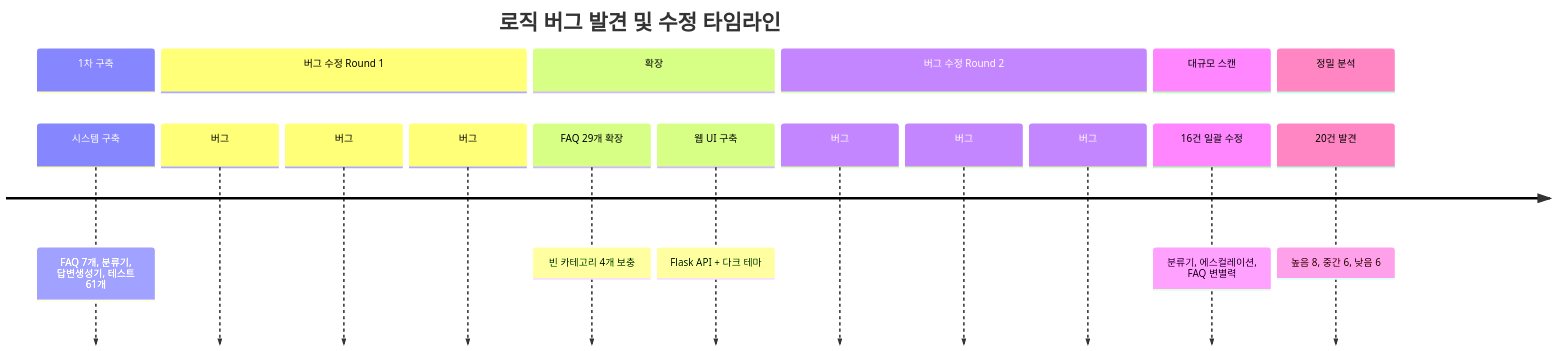
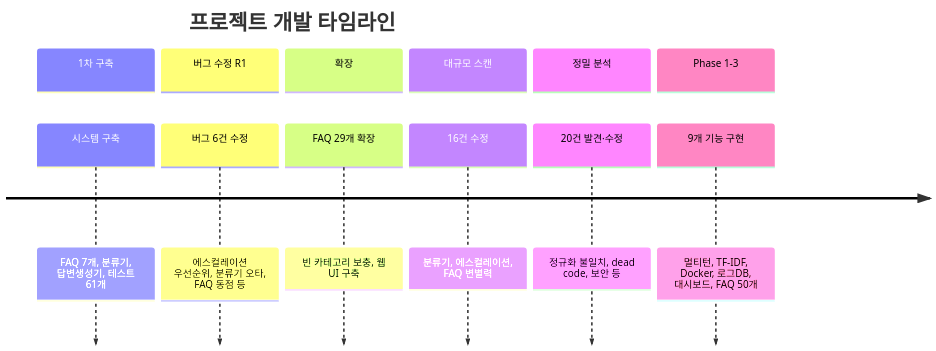
Before and after one commit to sun475300-sudo/bosebot: the sixth of 6 diagrams in README.md, drawn with Mermaid. The commit also changed other lines of this file, not shown here.

First line of the commit message:
docs: README 최신화 - FAQ 50개, 멀티턴, TF-IDF, Docker, 관리자 대시보드 반영

````diff
--- a/README.md
+++ b/README.md
@@ -305,21 +297,16 @@
 ```mermaid
 timeline
-    title 로직 버그 발견 및 수정 타임라인
+    title 프로젝트 개발 타임라인
     section 1차 구축
         시스템 구축 : FAQ 7개, 분류기, 답변생성기, 테스트 61개
-    section 버그 수정 Round 1
-        버그 #1 : 에스컬레이션 우선순위 누락
-        버그 #2 : 분류기 오타 (설영특허)
-        버그 #3 : FAQ 매칭 동점 버그
+    section 버그 수정 R1
+        버그 6건 수정 : 에스컬레이션 우선순위, 분류기 오타, FAQ 동점 등
     section 확장
-        FAQ 29개 확장 : 빈 카테고리 4개 보충
-        웹 UI 구축 : Flask API + 다크 테마
-    section 버그 수정 Round 2
-        버그 #4 : 키워드 0개인데 FAQ 반환
-        버그 #5 : 관세 범용 키워드 오매칭
-        버그 #6 : 허가없이 반출 분류 오류
+        FAQ 29개 확장 : 빈 카테고리 보충, 웹 UI 구축
     section 대규모 스캔
-        16건 일괄 수정 : 분류기, 에스컬레이션, FAQ 변별력
+        16건 수정 : 분류기, 에스컬레이션, FAQ 변별력
     section 정밀 분석
-        20건 발견 : 높음 8, 중간 6, 낮음 6
+        20건 발견·수정 : 정규화 불일치, dead code, 보안 등
+    section Phase 1-3
+        9개 기능 구현 : 멀티턴, TF-IDF, Docker, 로그DB, 대시보드, FAQ 50개
 ```
````
